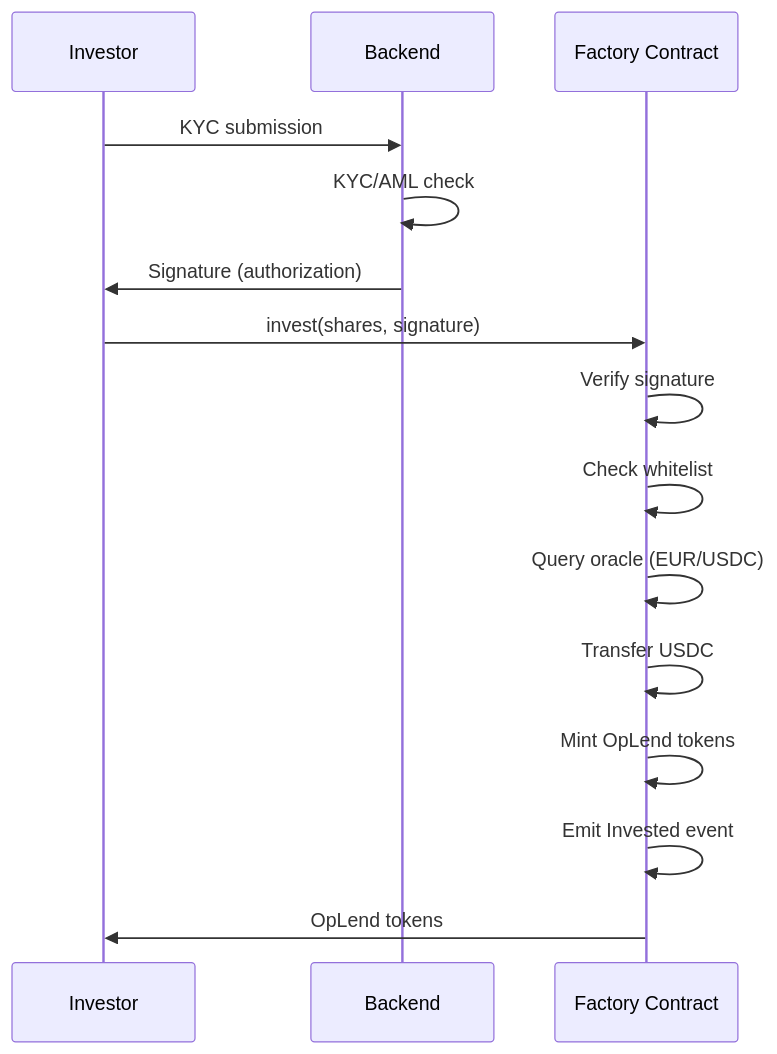
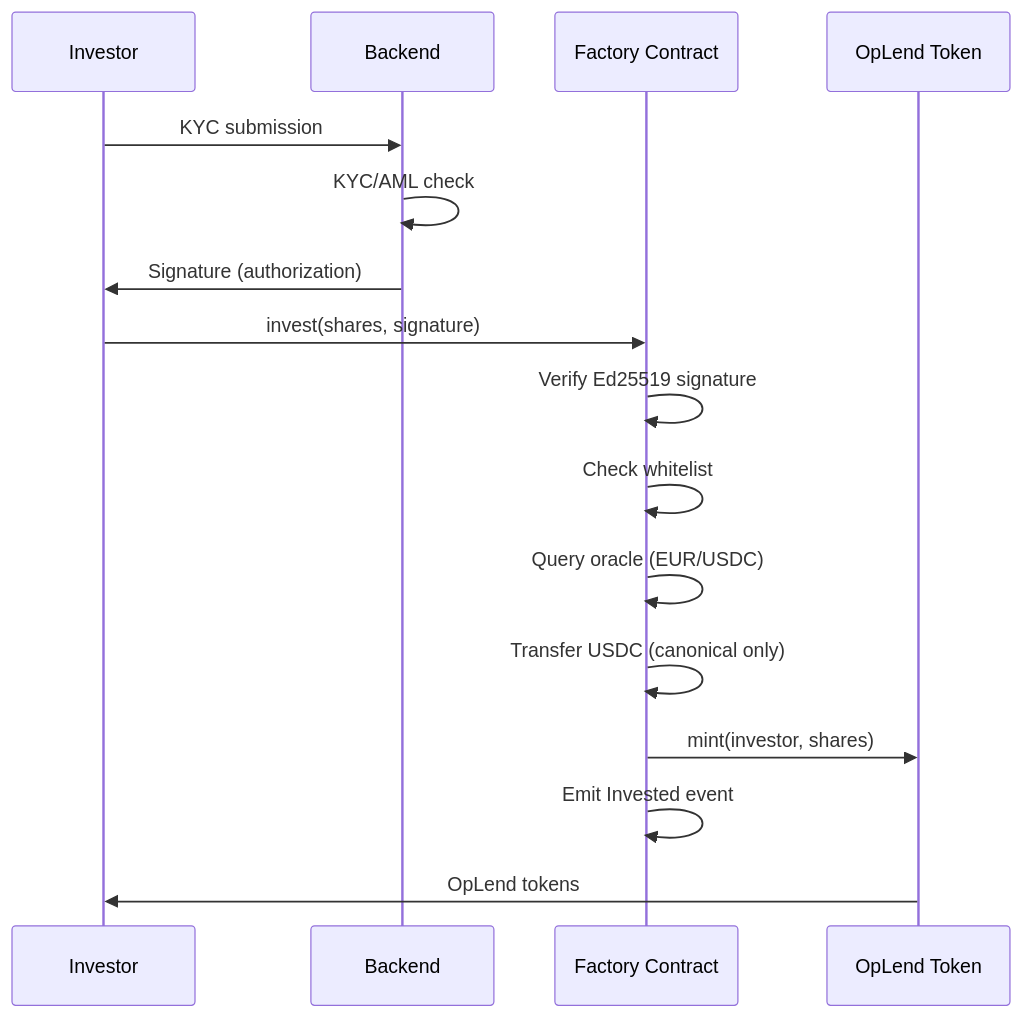
Before and after one commit to Blazirus66/lend-stellar-stack-review: the second of 9 diagrams in 01-technical-architecture.md, drawn with Mermaid. The commit also changed other lines of this file, not shown here.

First line of the commit message:
Integrate architecture review feedback — security, scalability, precision

````diff
--- a/01-technical-architecture.md
+++ b/01-technical-architecture.md
@@ -95,18 +108,19 @@
 ```mermaid
 sequenceDiagram
     participant I as Investor
     participant B as Backend
     participant F as Factory Contract
+    participant OPL as OpLend Token
 
     I->>B: KYC submission
     B->>B: KYC/AML check
     B->>I: Signature (authorization)
     I->>F: invest(shares, signature)
-    F->>F: Verify signature
+    F->>F: Verify Ed25519 signature
     F->>F: Check whitelist
     F->>F: Query oracle (EUR/USDC)
-    F->>F: Transfer USDC
-    F->>F: Mint OpLend tokens
+    F->>F: Transfer USDC (canonical only)
+    F->>OPL: mint(investor, shares)
     F->>F: Emit Invested event
-    F->>I: OpLend tokens
+    OPL->>I: OpLend tokens
 ```
````
